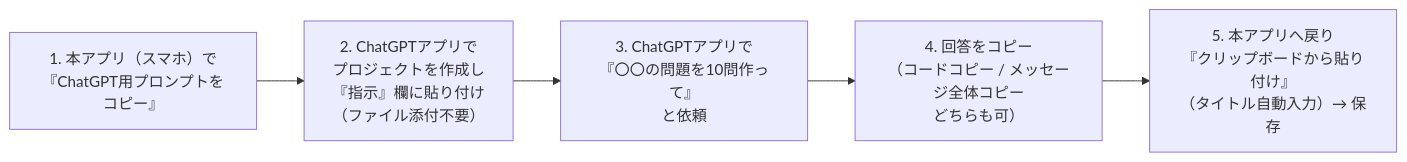
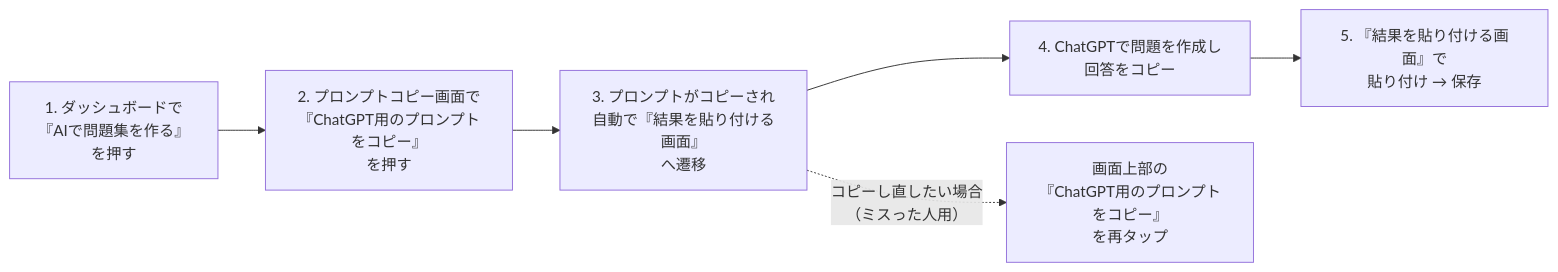
One commit to Takutaku05/quiz-studio changed the diagram in docs/requirements-chatgpt-import.md. Above: the diagram before and after it, drawn with Mermaid. The commit also changed other lines of this file and 4 other files, not shown here.

Commit message:
docs: update requirements for AI quiz creation 2-step flow (Bolt 15)

````diff
--- a/docs/requirements-chatgpt-import.md
+++ b/docs/requirements-chatgpt-import.md
@@ -17,7 +26,8 @@
 ```mermaid
 flowchart LR
-    A["1. 本アプリ（スマホ）で<br/>『ChatGPT用プロンプトをコピー』"] --> B["2. ChatGPTアプリで<br/>プロジェクトを作成し<br/>『指示』欄に貼り付け<br/>（ファイル添付不要）"]
-    B --> C["3. ChatGPTアプリで<br/>『〇〇の問題を10問作って』<br/>と依頼"]
-    C --> D["4. 回答をコピー<br/>（コードコピー / メッセージ全体コピー<br/>どちらも可）"]
-    D --> E["5. 本アプリへ戻り<br/>『クリップボードから貼り付け』<br/>（タイトル自動入力）→ 保存"]
+    A["1. ダッシュボードで<br/>『AIで問題集を作る』<br/>を押す"] --> B["2. プロンプトコピー画面で<br/>『ChatGPT用のプロンプトをコピー』<br/>を押す"]
+    B --> C["3. プロンプトがコピーされ<br/>自動で『結果を貼り付ける画面』<br/>へ遷移"]
+    C --> D["4. ChatGPTで問題を作成し<br/>回答をコピー"]
+    D --> E["5. 『結果を貼り付ける画面』で<br/>貼り付け → 保存"]
+    C -. "コピーし直したい場合<br/>（ミスった人用）" .-> F["画面上部の<br/>『ChatGPT用のプロンプトをコピー』<br/>を再タップ"]
 ```
````
